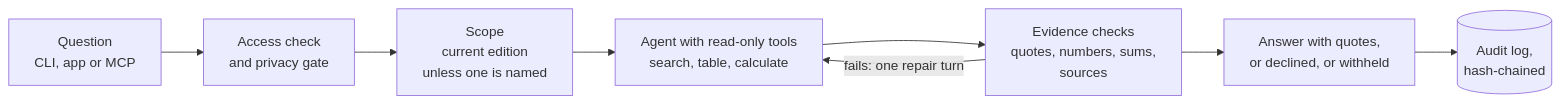
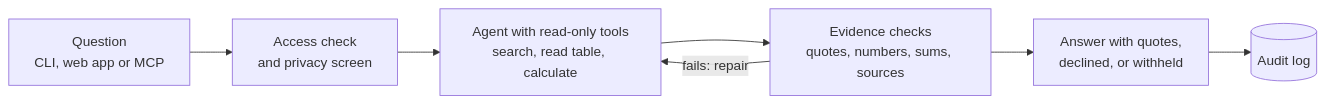
The diagram in README.md (Treasure1201/kestrel), drawn with Mermaid before and after one commit. The commit also changed other lines of this file and 195 other files, not shown here.

````diff
--- a/README.md
+++ b/README.md
@@ -25,10 +15,9 @@
 ```mermaid
 flowchart LR
-    Q["Question<br/>CLI, app or MCP"] --> A["Access check<br/>and privacy gate"]
-    A --> S["Scope<br/>current edition<br/>unless one is named"]
-    S --> G["Agent with read-only tools<br/>search, table, calculate"]
-    G --> C["Evidence checks<br/>quotes, numbers, sums,<br/>sources"]
-    C -- "fails: one repair turn" --> G
-    C --> R["Answer with quotes,<br/>or declined, or withheld"]
-    R --> L[("Audit log,<br/>hash-chained")]
+    Q["Question<br/>CLI, web app or MCP"] --> A["Access check<br/>and privacy screen"]
+    A --> G["Agent with read-only tools<br/>search, read table, calculate"]
+    G --> C["Evidence checks<br/>quotes, numbers, sums, sources"]
+    C -- "fails: repair" --> G
+    C --> R["Answer with quotes,<br/>declined, or withheld"]
+    R --> L[("Audit log")]
 ```
````
